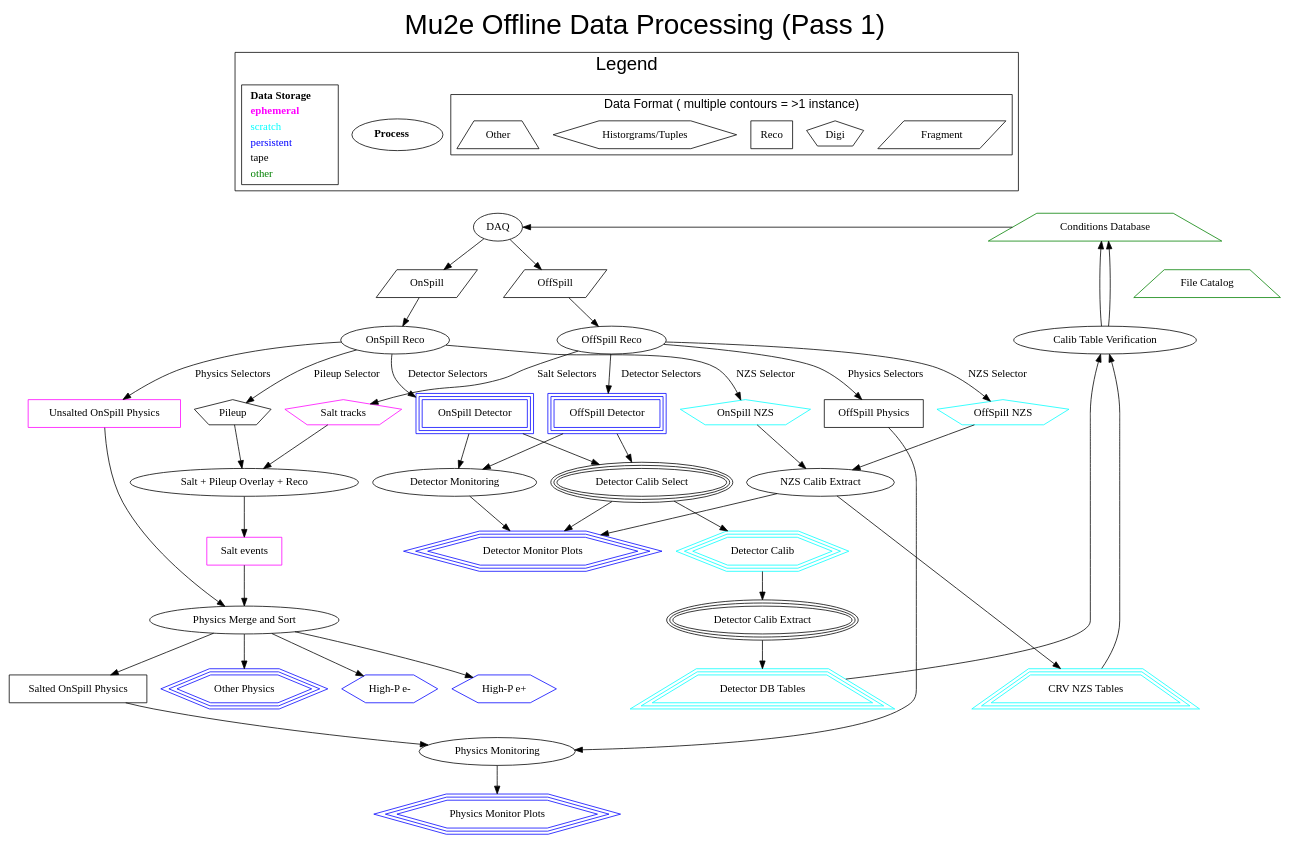
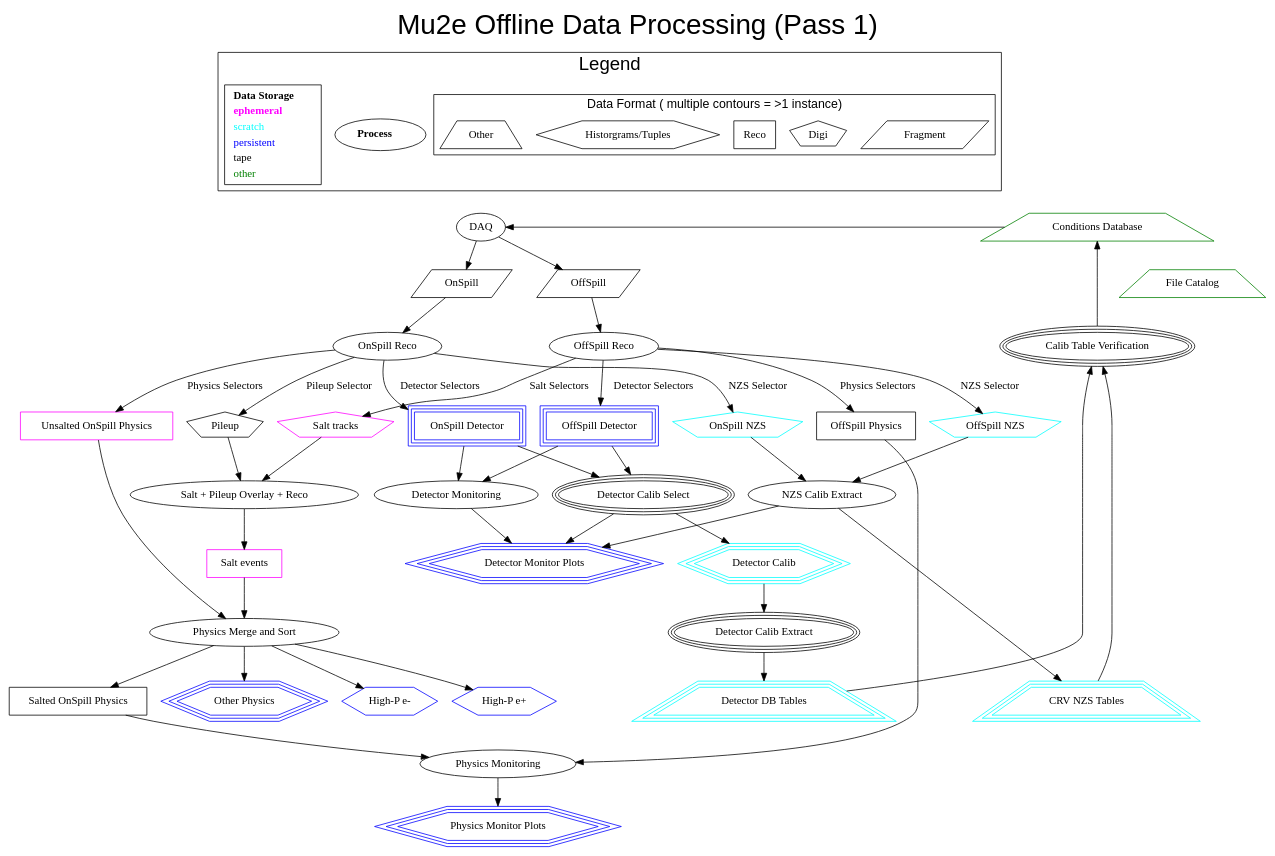
The diagram in Documents/pass1.dot (sophiemiddleton/Production), drawn with Graphviz before and after one commit. The commit also changed 1 other file, not shown here.

```diff
--- a/Documents/pass1.dot
+++ b/Documents/pass1.dot
@@ -201,7 +201,8 @@
 
   TableVerify [
     label="Calib Table Verification",
-    shape=oval
+    shape=oval,
+    peripheries=3
   ];
 
   DetectorMonitoring [
@@ -270,7 +271,6 @@
   NZSCalibExtract -> NZSDBTable;
   NZSCalibExtract -> DetMonPlots;
   NZSDBTable -> TableVerify;
-  TableVerify -> ConditionsDB;
 
   SaltTracks        -> SaltOverlay;
   Pileup -> SaltOverlay;
```
